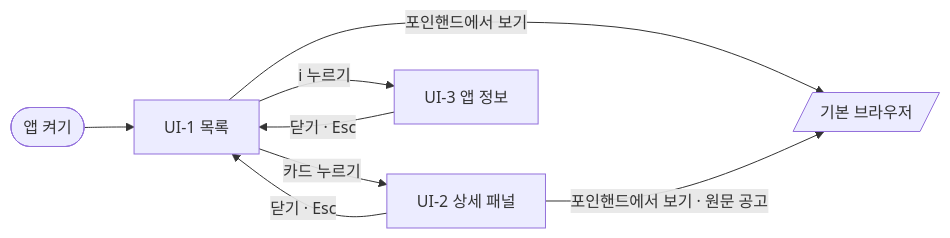
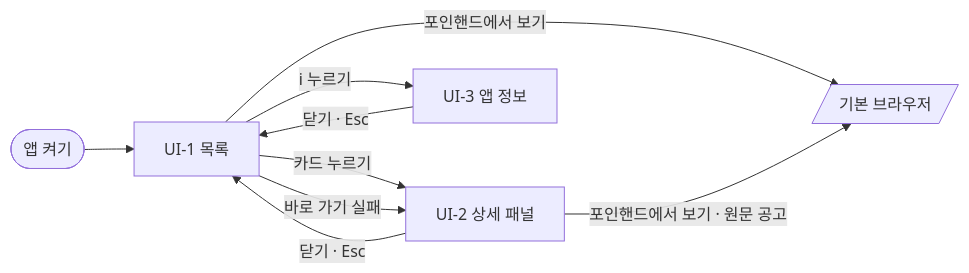
One commit to HoyoungParkme/fourinhand-crawl changed the diagram in docs/specs/07-UI/PAW-UI-001.md. Above: the diagram before and after it, drawn with Mermaid. The commit also changed other lines of this file, not shown here.

````diff
--- a/docs/specs/07-UI/PAW-UI-001.md
+++ b/docs/specs/07-UI/PAW-UI-001.md
@@ -729,10 +731,11 @@
 ```mermaid
 flowchart LR
     START(["앱 켜기"]) --> UI1["UI-1 목록"]
     UI1 -->|"카드 누르기"| UI2["UI-2 상세 패널"]
+    UI1 -->|"바로 가기 실패"| UI2
     UI2 -->|"닫기 · Esc"| UI1
     UI1 -->|"i 누르기"| UI3["UI-3 앱 정보"]
     UI3 -->|"닫기 · Esc"| UI1
     UI1 -->|"포인핸드에서 보기"| WEB[/기본 브라우저/]
     UI2 -->|"포인핸드에서 보기 · 원문 공고"| WEB
 ```
````
